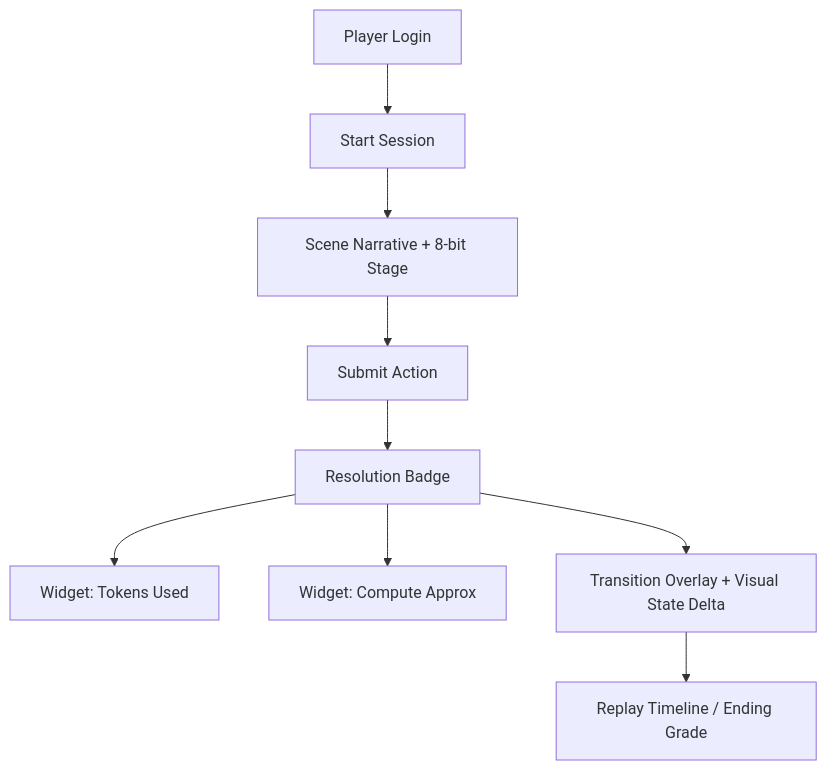
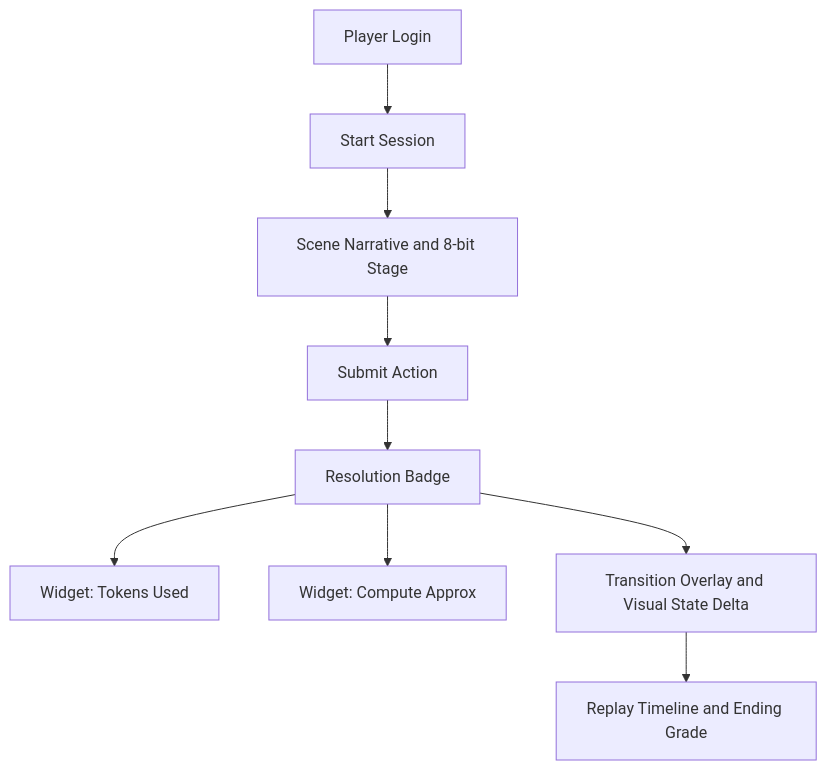
One commit to aamir-nus/lumina-quest changed the fourth of 7 diagrams in docs/UI_MOCKUPS.md. Above: the diagram before and after it, drawn with Mermaid. The commit also changed other lines of this file and 2 other files, not shown here.

````diff
--- a/docs/UI_MOCKUPS.md
+++ b/docs/UI_MOCKUPS.md
@@ -18,11 +124,11 @@
 ```mermaid
 flowchart TD
-  A["Player Login"] --> B["Start Session"]
-  B --> C["Scene Narrative + 8-bit Stage"]
-  C --> D["Submit Action"]
-  D --> E["Resolution Badge"]
-  E --> E1["Widget: Tokens Used"]
-  E --> E2["Widget: Compute Approx"]
-  E --> F["Transition Overlay + Visual State Delta"]
-  F --> G["Replay Timeline / Ending Grade"]
+    A["Player Login"] --> B["Start Session"]
+    B --> C["Scene Narrative and 8-bit Stage"]
+    C --> D["Submit Action"]
+    D --> E["Resolution Badge"]
+    E --> E1["Widget: Tokens Used"]
+    E --> E2["Widget: Compute Approx"]
+    E --> F["Transition Overlay and Visual State Delta"]
+    F --> G["Replay Timeline and Ending Grade"]
 ```
````
